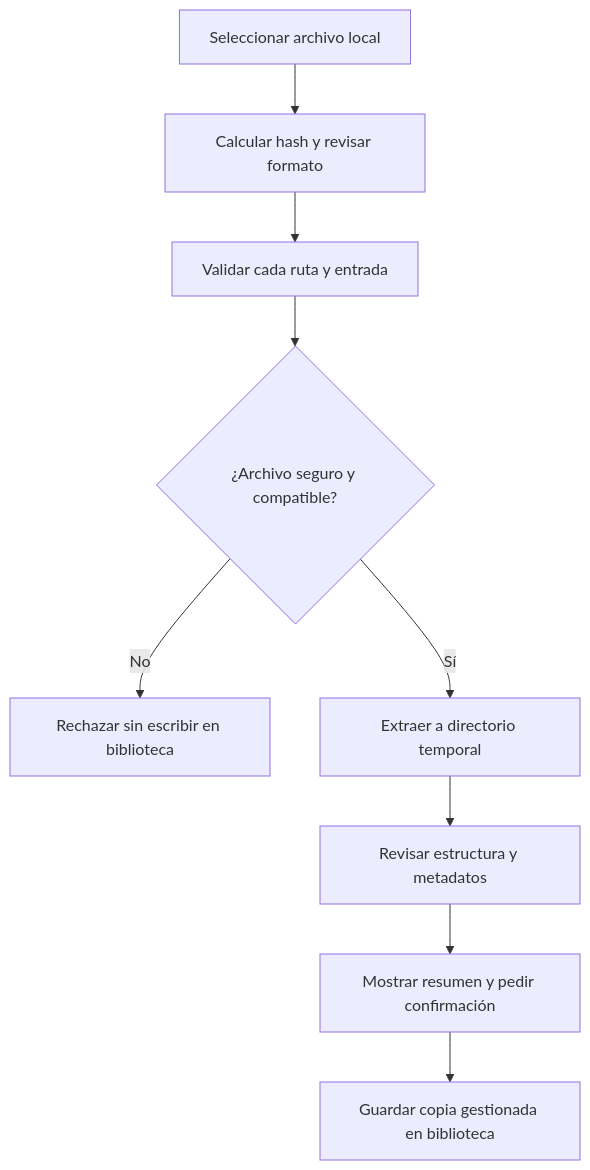
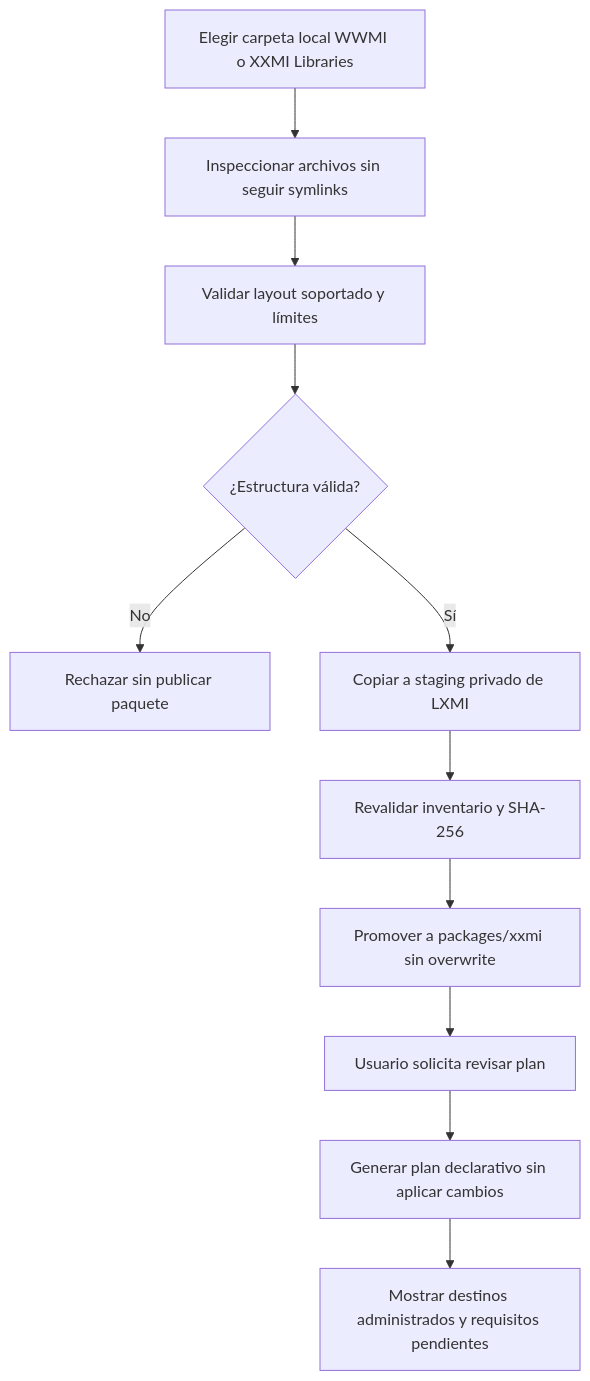
Before and after one commit to VictorMamani/LXMI: the third of 4 diagrams in SDLC/03_Diseno/flujos_de_usuario.md, drawn with Mermaid. The commit also changed other lines of this file and 62 other files, not shown here.

````diff
--- a/SDLC/03_Diseno/flujos_de_usuario.md
+++ b/SDLC/03_Diseno/flujos_de_usuario.md
@@ -51,11 +52,13 @@
 ```mermaid
 flowchart TD
-    A[Seleccionar archivo local] --> B[Calcular hash y revisar formato]
-    B --> C[Validar cada ruta y entrada]
-    C --> D{¿Archivo seguro y compatible?}
-    D -->|No| E[Rechazar sin escribir en biblioteca]
-    D -->|Sí| F[Extraer a directorio temporal]
-    F --> G[Revisar estructura y metadatos]
-    G --> H[Mostrar resumen y pedir confirmación]
-    H --> I[Guardar copia gestionada en biblioteca]
+    A[Elegir carpeta local WWMI o XXMI Libraries] --> B[Inspeccionar archivos sin seguir symlinks]
+    B --> C[Validar layout soportado y límites]
+    C --> D{¿Estructura válida?}
+    D -->|No| E[Rechazar sin publicar paquete]
+    D -->|Sí| F[Copiar a staging privado de LXMI]
+    F --> G[Revalidar inventario y SHA-256]
+    G --> H[Promover a packages/xxmi sin overwrite]
+    H --> I[Usuario solicita revisar plan]
+    I --> J[Generar plan declarativo sin aplicar cambios]
+    J --> K[Mostrar destinos administrados y requisitos pendientes]
 ```
````
